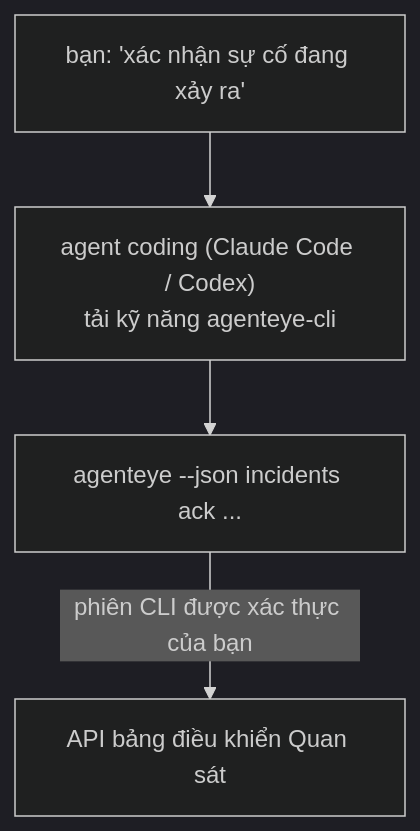
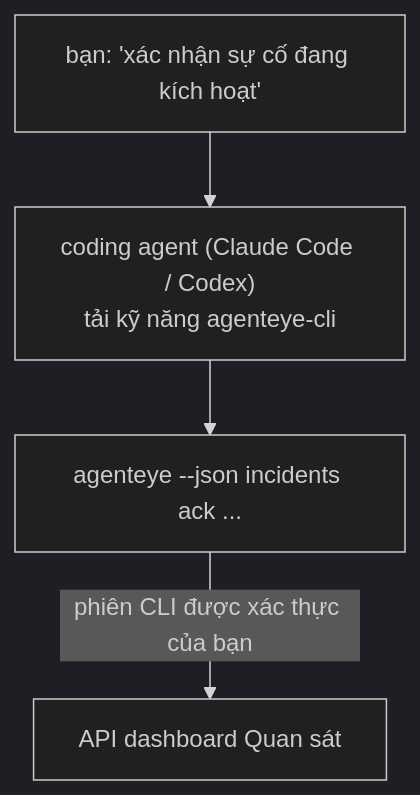
Before and after one commit to FailproofAI/failproofai: the diagram in docs/vi/agenteye/cli-skill.mdx, drawn with Mermaid (dark theme). The commit also changed other lines of this file and 654 other files, not shown here.

````diff
--- a/docs/vi/agenteye/cli-skill.mdx
+++ b/docs/vi/agenteye/cli-skill.mdx
@@ -28,6 +29,6 @@
 ```mermaid
 flowchart TD
-    YOU["bạn: 'xác nhận sự cố đang xảy ra'"] --> AGENT["agent coding (Claude Code / Codex)<br/>tải kỹ năng agenteye-cli"]
+    YOU["bạn: 'xác nhận sự cố đang kích hoạt'"] --> AGENT["coding agent (Claude Code / Codex)<br/>tải kỹ năng agenteye-cli"]
     AGENT --> CLI["agenteye --json incidents ack ..."]
-    CLI -->|phiên CLI được xác thực của bạn| API["API bảng điều khiển Quan sát"]
+    CLI -->|phiên CLI được xác thực của bạn| API["API dashboard Quan sát"]
 ```
````
